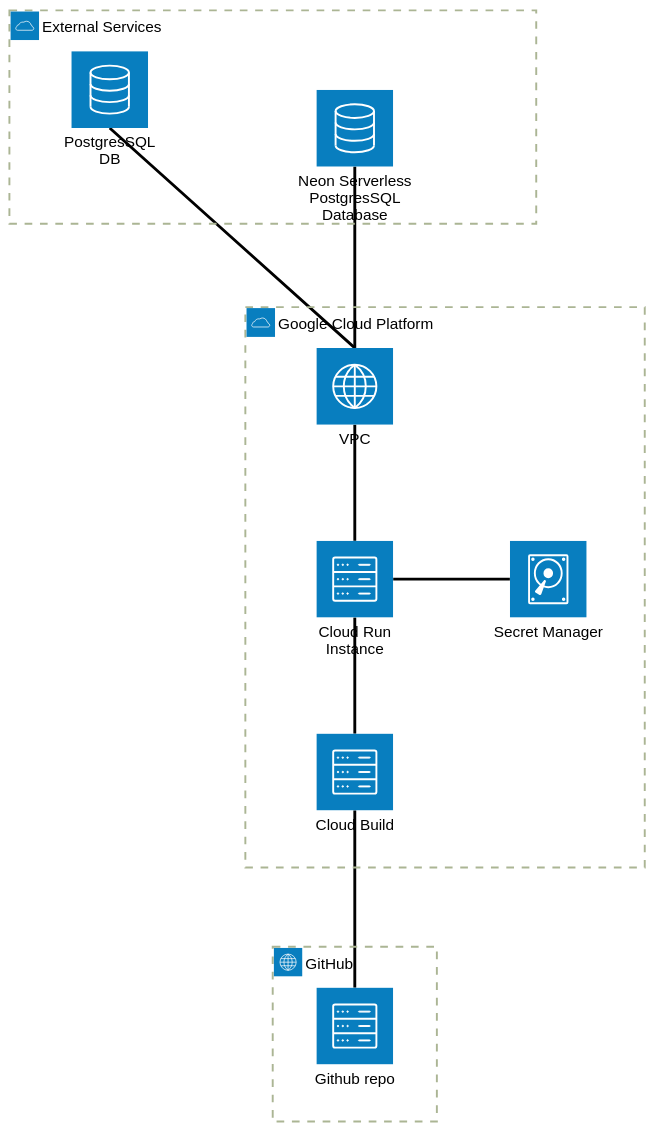
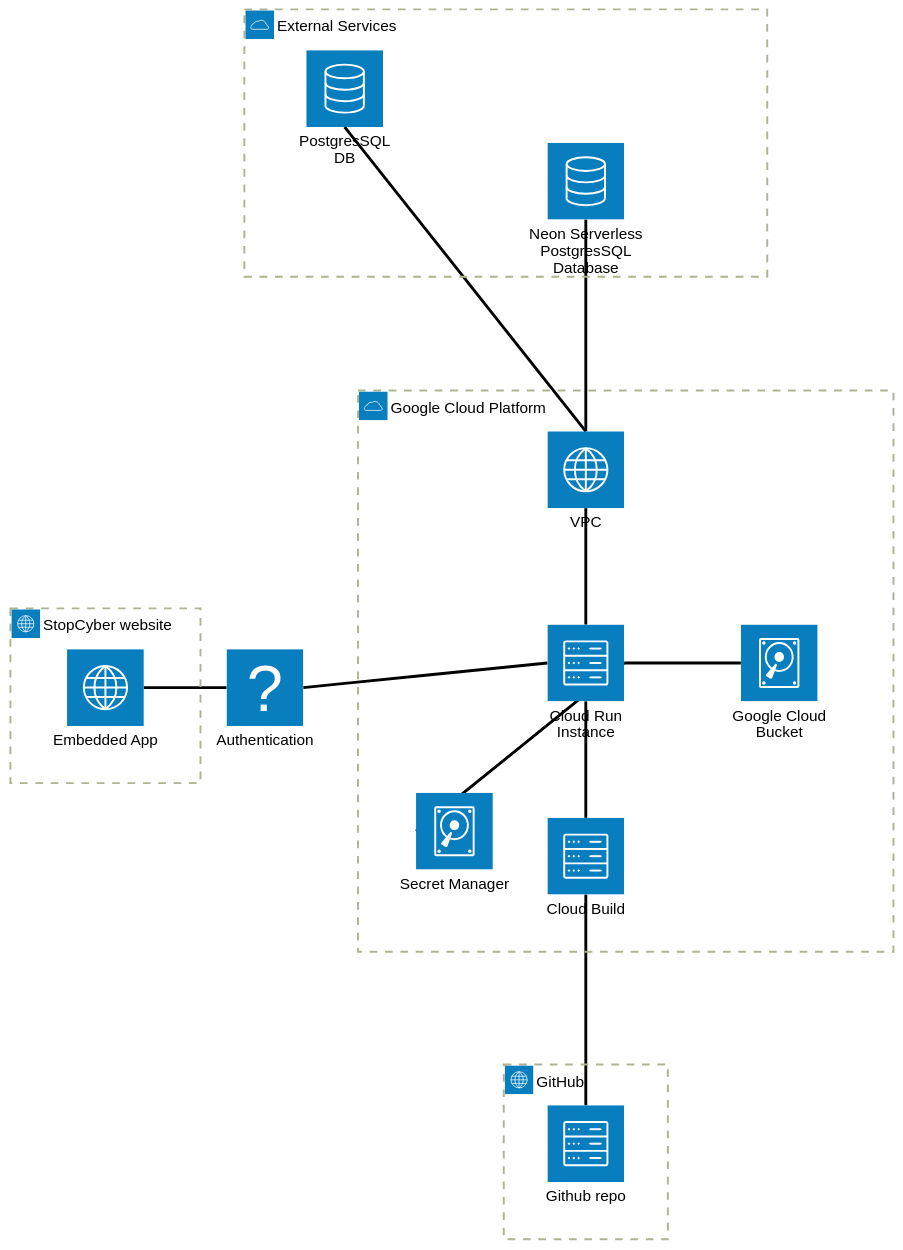
One commit to dataforgoodfr/13_stop_cyberviolence changed the diagram in chatbot/doc/cloud_configuration.qmd. Above: the diagram before and after it, drawn with Mermaid (forest theme). The commit also changed other lines of this file, not shown here.

Commit message:
doc: update chatbot app architecture diagram

````diff
--- a/chatbot/doc/cloud_configuration.qmd
+++ b/chatbot/doc/cloud_configuration.qmd
@@ -26,24 +26,33 @@
 ```{mermaid}
 architecture-beta
 
   group github(internet)[GitHub]
     service repo(server)[Github repo] in github
 
   group gcp(cloud)[Google Cloud Platform]
     service build_run(server)[Cloud Build] in gcp
     service secret_manager(disk)[Secret Manager] in gcp
     service vpc(internet)[VPC] in gcp
     service cloud_run(server)[Cloud Run Instance] in gcp
+    service gcs_bucket(disk)[Google Cloud Bucket] in gcp
 
  group external(cloud)[External Services]
     service ovh_postgres(database)[PostgresSQL DB] in external
     service neon_postgres(database)[Neon Serverless PostgresSQL Database] in external
+
+group stopcyber(internet)[StopCyber website]
+    service iframe(internet)[Embedded App] in stopcyber
+
+service auth(test)[Authentication]
 
   %% Define the relationships
     repo:T -- B:build_run
     secret_manager:L -- R:cloud_run
     build_run:T -- B:cloud_run
     cloud_run:T -- B:vpc
+    cloud_run:R -- L:gcs_bucket
+    iframe:R -- L:auth
+    auth:R -- L:cloud_run
     vpc:T -- B:ovh_postgres
     vpc:T -- B:neon_postgres
 ```
````
